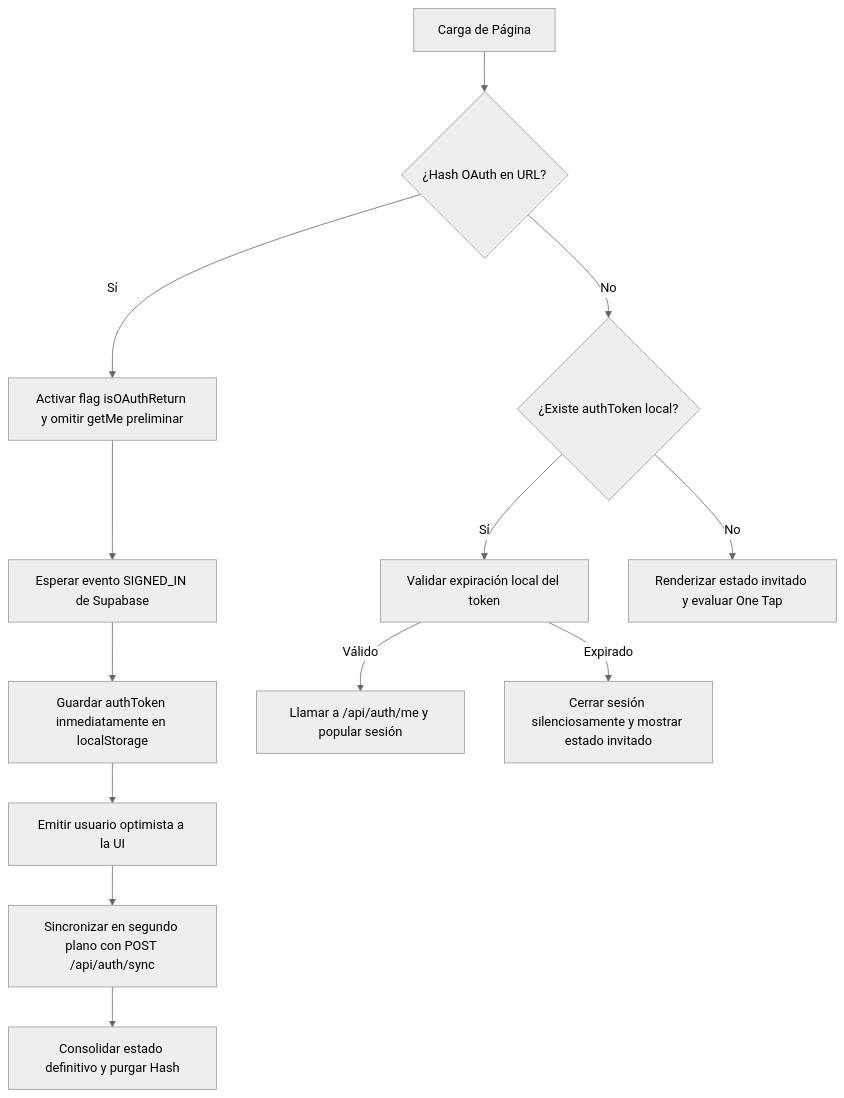
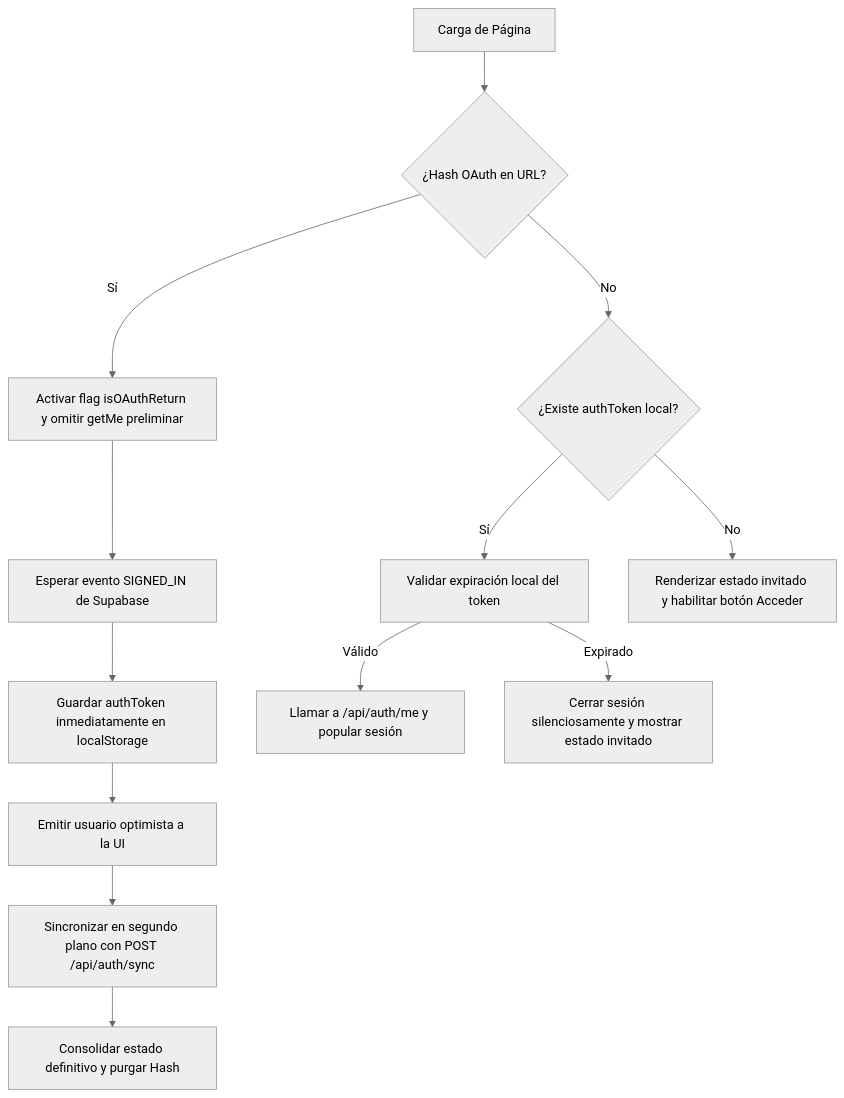
One commit to richimv/chatbot-tutor-uc changed the second of 2 diagrams in documentation/SISTEMA_AUTENTICACION.md. Above: the diagram before and after it, drawn with Mermaid (neutral theme). The commit also changed other lines of this file and 19 other files, not shown here.

First line of the commit message:
feat(auth): implementar GoogleOneTapService modular y resiliente conforme a estandares FedCM

````diff
--- a/documentation/SISTEMA_AUTENTICACION.md
+++ b/documentation/SISTEMA_AUTENTICACION.md
@@ -273,16 +295,16 @@
 ```mermaid
 graph TD
     A[Carga de Página] --> B{¿Hash OAuth en URL?}
     B -- Sí --> C[Activar flag isOAuthReturn y omitir getMe preliminar]
     C --> D[Esperar evento SIGNED_IN de Supabase]
     D --> E[Guardar authToken inmediatamente en localStorage]
     E --> F[Emitir usuario optimista a la UI]
     F --> G[Sincronizar en segundo plano con POST /api/auth/sync]
     G --> H[Consolidar estado definitivo y purgar Hash]
 
     B -- No --> I{¿Existe authToken local?}
     I -- Sí --> J[Validar expiración local del token]
     J -- Válido --> K[Llamar a /api/auth/me y popular sesión]
     J -- Expirado --> L[Cerrar sesión silenciosamente y mostrar estado invitado]
-    I -- No --> M[Renderizar estado invitado y evaluar One Tap]
+    I -- No --> M[Renderizar estado invitado y habilitar botón Acceder]
 ```
````
